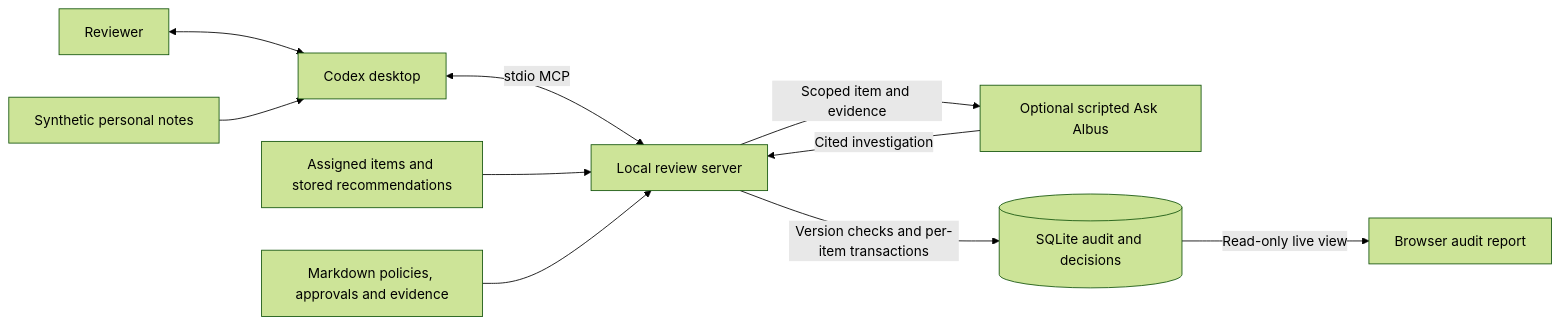
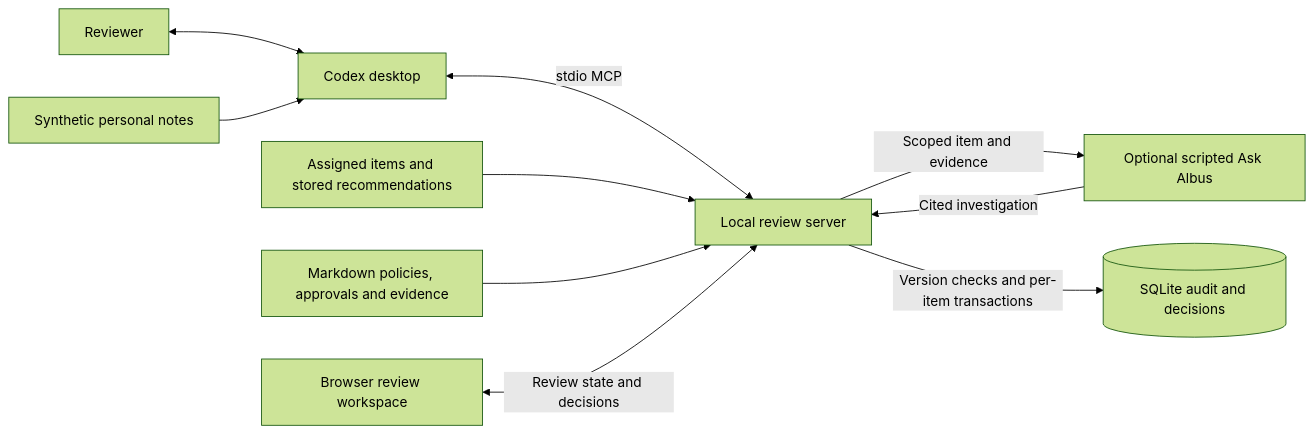
The first of 2 diagrams in docs/diagrams.md (BlakeB-PM/lumos-review-demo), drawn with Mermaid (forest theme) before and after one commit. The commit also changed 10 other files, not shown here.

Commit message:
Build interactive Lumos permissions review workspace

```diff
--- a/docs/diagrams.md
+++ b/docs/diagrams.md
@@ -3,12 +3,12 @@
 ~~~mermaid
 flowchart LR
     H[Reviewer] <--> C[Codex desktop]
     P[Synthetic personal notes] --> C
     C <-->|stdio MCP| S[Local review server]
     F[Assigned items and stored recommendations] --> S
     K[Markdown policies, approvals and evidence] --> S
     S -->|Scoped item and evidence| A[Optional scripted Ask Albus]
     A -->|Cited investigation| S
     S -->|Version checks and per-item transactions| D[(SQLite audit and decisions)]
-    D -->|Read-only live view| R[Browser audit report]
+    R[Browser review workspace] <-->|Review state and decisions| S
 ~~~
```
